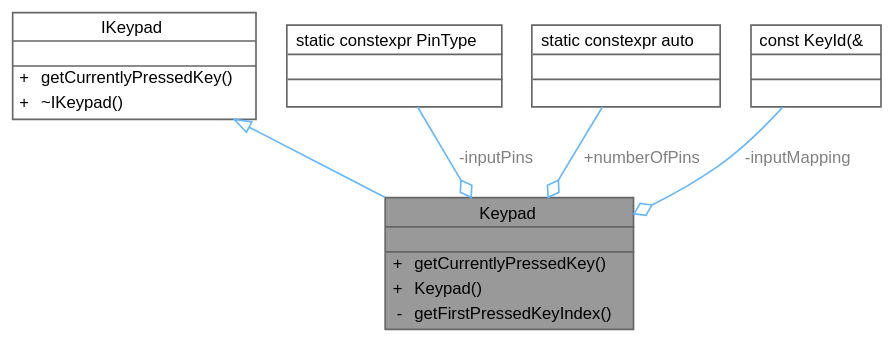
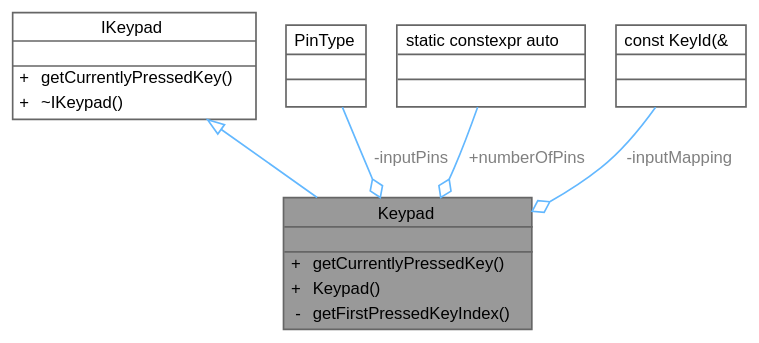
The diagram in feature/clean-structure-for-hmi-interaction/classKeypad__coll__graph.dot (Task-Tracker-Systems/Task-Tracker-Device), drawn with Graphviz before and after one commit. The commit also changed 245 other files, not shown here.

```diff
--- a/feature/clean-structure-for-hmi-interaction/classKeypad__coll__graph.dot
+++ b/feature/clean-structure-for-hmi-interaction/classKeypad__coll__graph.dot
@@ -1,49 +1,49 @@
 digraph "Keypad"
 {
  // LATEX_PDF_SIZE
   bgcolor="transparent";
   edge [fontname=Helvetica,fontsize=10,labelfontname=Helvetica,labelfontsize=10];
   node [fontname=Helvetica,fontsize=10,shape=box,height=0.2,width=0.4];
   Node1 [id="Node000001",shape=plain,label=<<TABLE CELLBORDER="0" BORDER="1"><TR><TD COLSPAN="2" CELLPADDING="1" CELLSPACING="0">Keypad</TD></TR>
 <HR/>
 <TR><TD COLSPAN="2" CELLPADDING="1" CELLSPACING="0">&nbsp;</TD></TR>
 <HR/>
 <TR><TD VALIGN="top" CELLPADDING="1" CELLSPACING="0">+</TD><TD VALIGN="top" ALIGN="LEFT" CELLPADDING="1" CELLSPACING="0">getCurrentlyPressedKey()<BR ALIGN="LEFT"/></TD></TR>
 <TR><TD VALIGN="top" CELLPADDING="1" CELLSPACING="0">+</TD><TD VALIGN="top" ALIGN="LEFT" CELLPADDING="1" CELLSPACING="0">Keypad()<BR ALIGN="LEFT"/></TD></TR>
 <TR><TD VALIGN="top" CELLPADDING="1" CELLSPACING="0">-</TD><TD VALIGN="top" ALIGN="LEFT" CELLPADDING="1" CELLSPACING="0">getFirstPressedKeyIndex()<BR ALIGN="LEFT"/></TD></TR>
 </TABLE>>
 ,height=0.2,width=0.4,color="gray40", fillcolor="grey60", style="filled", fontcolor="black",tooltip=" "];
   Node2 -> Node1 [id="edge1_Node000001_Node000002",dir="back",color="steelblue1",style="solid",tooltip=" ",arrowtail="onormal"];
   Node2 [id="Node000002",shape=plain,label=<<TABLE CELLBORDER="0" BORDER="1"><TR><TD COLSPAN="2" CELLPADDING="1" CELLSPACING="0">IKeypad</TD></TR>
 <HR/>
 <TR><TD COLSPAN="2" CELLPADDING="1" CELLSPACING="0">&nbsp;</TD></TR>
 <HR/>
 <TR><TD VALIGN="top" CELLPADDING="1" CELLSPACING="0">+</TD><TD VALIGN="top" ALIGN="LEFT" CELLPADDING="1" CELLSPACING="0">getCurrentlyPressedKey()<BR ALIGN="LEFT"/></TD></TR>
 <TR><TD VALIGN="top" CELLPADDING="1" CELLSPACING="0">+</TD><TD VALIGN="top" ALIGN="LEFT" CELLPADDING="1" CELLSPACING="0">~IKeypad()<BR ALIGN="LEFT"/></TD></TR>
 </TABLE>>
 ,height=0.2,width=0.4,color="gray40", fillcolor="white", style="filled",URL="$classIKeypad.xhtml",tooltip=" "];
   Node3 -> Node1 [id="edge2_Node000001_Node000003",color="steelblue1",style="solid",tooltip=" ",label=" -inputPins",fontcolor="grey" ,arrowhead="odiamond"];
-  Node3 [id="Node000003",shape=plain,label=<<TABLE CELLBORDER="0" BORDER="1"><TR><TD COLSPAN="2" CELLPADDING="1" CELLSPACING="0">static constexpr PinType</TD></TR>
+  Node3 [id="Node000003",shape=plain,label=<<TABLE CELLBORDER="0" BORDER="1"><TR><TD COLSPAN="2" CELLPADDING="1" CELLSPACING="0">PinType</TD></TR>
 <HR/>
 <TR><TD COLSPAN="2" CELLPADDING="1" CELLSPACING="0">&nbsp;</TD></TR>
 <HR/>
 <TR><TD COLSPAN="2" CELLPADDING="1" CELLSPACING="0">&nbsp;</TD></TR>
 </TABLE>>
 ,height=0.2,width=0.4,color="gray40", fillcolor="white", style="filled",tooltip=" "];
   Node4 -> Node1 [id="edge3_Node000001_Node000004",color="steelblue1",style="solid",tooltip=" ",label=" +numberOfPins",fontcolor="grey" ,arrowhead="odiamond"];
   Node4 [id="Node000004",shape=plain,label=<<TABLE CELLBORDER="0" BORDER="1"><TR><TD COLSPAN="2" CELLPADDING="1" CELLSPACING="0">static constexpr auto</TD></TR>
 <HR/>
 <TR><TD COLSPAN="2" CELLPADDING="1" CELLSPACING="0">&nbsp;</TD></TR>
 <HR/>
 <TR><TD COLSPAN="2" CELLPADDING="1" CELLSPACING="0">&nbsp;</TD></TR>
 </TABLE>>
 ,height=0.2,width=0.4,color="gray40", fillcolor="white", style="filled",tooltip=" "];
   Node5 -> Node1 [id="edge4_Node000001_Node000005",color="steelblue1",style="solid",tooltip=" ",label=" -inputMapping",fontcolor="grey" ,arrowhead="odiamond"];
   Node5 [id="Node000005",shape=plain,label=<<TABLE CELLBORDER="0" BORDER="1"><TR><TD COLSPAN="2" CELLPADDING="1" CELLSPACING="0">const KeyId(&amp;</TD></TR>
 <HR/>
 <TR><TD COLSPAN="2" CELLPADDING="1" CELLSPACING="0">&nbsp;</TD></TR>
 <HR/>
 <TR><TD COLSPAN="2" CELLPADDING="1" CELLSPACING="0">&nbsp;</TD></TR>
 </TABLE>>
 ,height=0.2,width=0.4,color="gray40", fillcolor="white", style="filled",tooltip=" "];
 }
```
